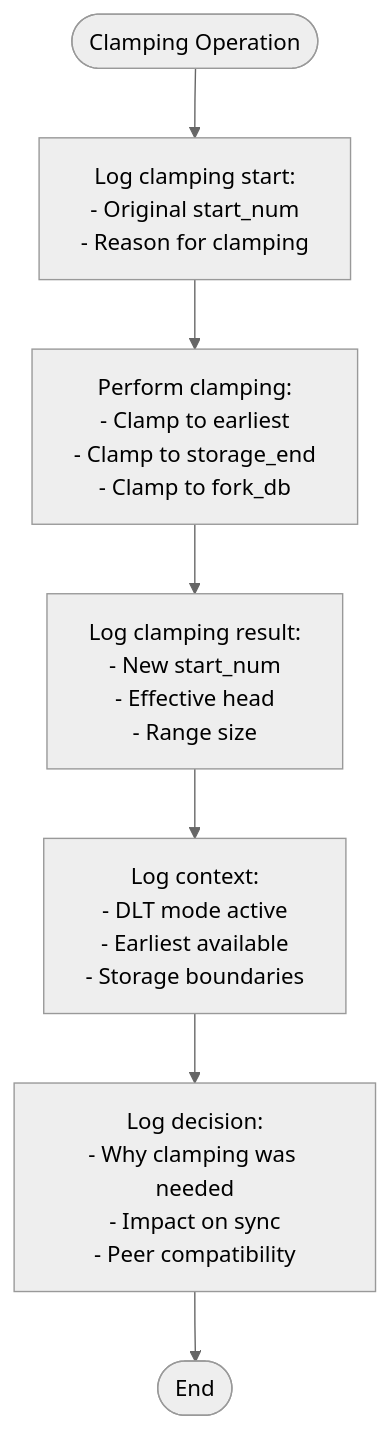
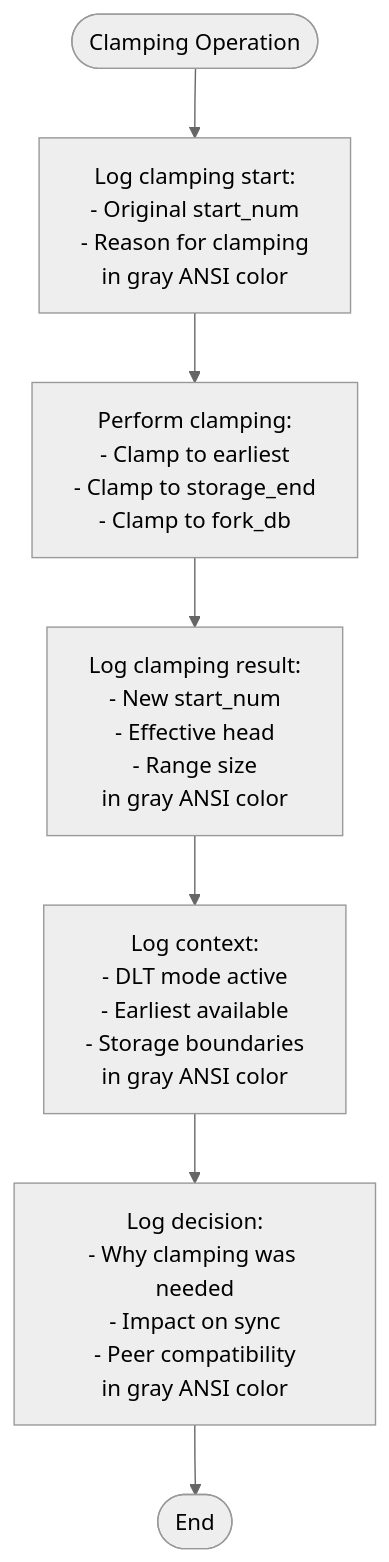
One commit to VIZ-Blockchain/viz-cpp-node changed diagram 17 of 36 in .qoder/repowiki/en/content/P2p Plugin.md. Above: the diagram before and after it, drawn with Mermaid (neutral theme). The commit also changed other lines of this file and 3 other files, not shown here.

````diff
--- a/.qoder/repowiki/en/content/P2p Plugin.md
+++ b/.qoder/repowiki/en/content/P2p Plugin.md
@@ -716,9 +731,9 @@
 ```mermaid
 flowchart TD
-Start([Clamping Operation]) --> LogClampStart["Log clamping start:<br/>- Original start_num<br/>- Reason for clamping"]
+Start([Clamping Operation]) --> LogClampStart["Log clamping start:<br/>- Original start_num<br/>- Reason for clamping<br/>in gray ANSI color"]
 LogClampStart --> PerformClamp["Perform clamping:<br/>- Clamp to earliest<br/>- Clamp to storage_end<br/>- Clamp to fork_db"]
-PerformClamp --> LogClampResult["Log clamping result:<br/>- New start_num<br/>- Effective head<br/>- Range size"]
-LogClampResult --> LogContext["Log context:<br/>- DLT mode active<br/>- Earliest available<br/>- Storage boundaries"]
-LogContext --> LogDecision["Log decision:<br/>- Why clamping was needed<br/>- Impact on sync<br/>- Peer compatibility"]
+PerformClamp --> LogClampResult["Log clamping result:<br/>- New start_num<br/>- Effective head<br/>- Range size<br/>in gray ANSI color"]
+LogClampResult --> LogContext["Log context:<br/>- DLT mode active<br/>- Earliest available<br/>- Storage boundaries<br/>in gray ANSI color"]
+LogContext --> LogDecision["Log decision:<br/>- Why clamping was needed<br/>- Impact on sync<br/>- Peer compatibility<br/>in gray ANSI color"]
 LogDecision --> End([End])
 ```
````
